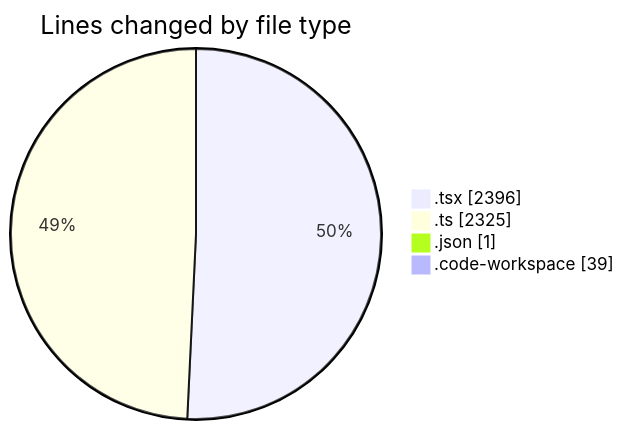
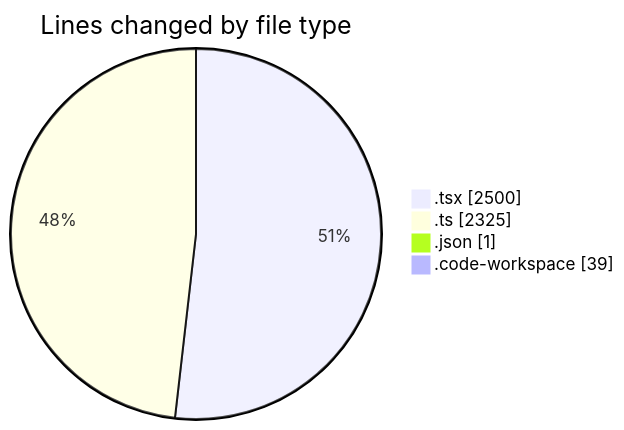
One commit to julien-gomy/code-tracking changed the first of 2 diagrams in 2025-10-08/eventscop-frontend-guide__workspace_/README.md. Above: the diagram before and after it, drawn with Mermaid. The commit also changed other lines of this file and 1 other file, not shown here.

````diff
--- a/2025-10-08/eventscop-frontend-guide__workspace_/README.md
+++ b/2025-10-08/eventscop-frontend-guide__workspace_/README.md
@@ -37,8 +38,8 @@
 ```mermaid
 pie showData
 title Lines changed by file type
-".tsx" : 2396
+".tsx" : 2500
 ".ts" : 2325
 ".json" : 1
 ".code-workspace" : 39
 ```
````
